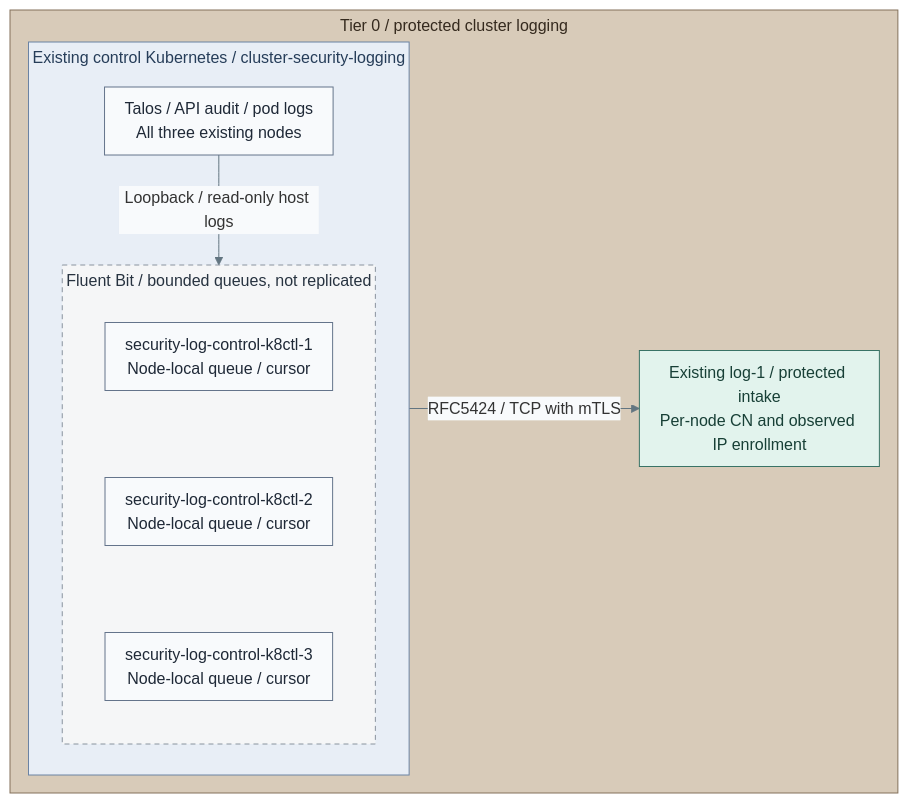
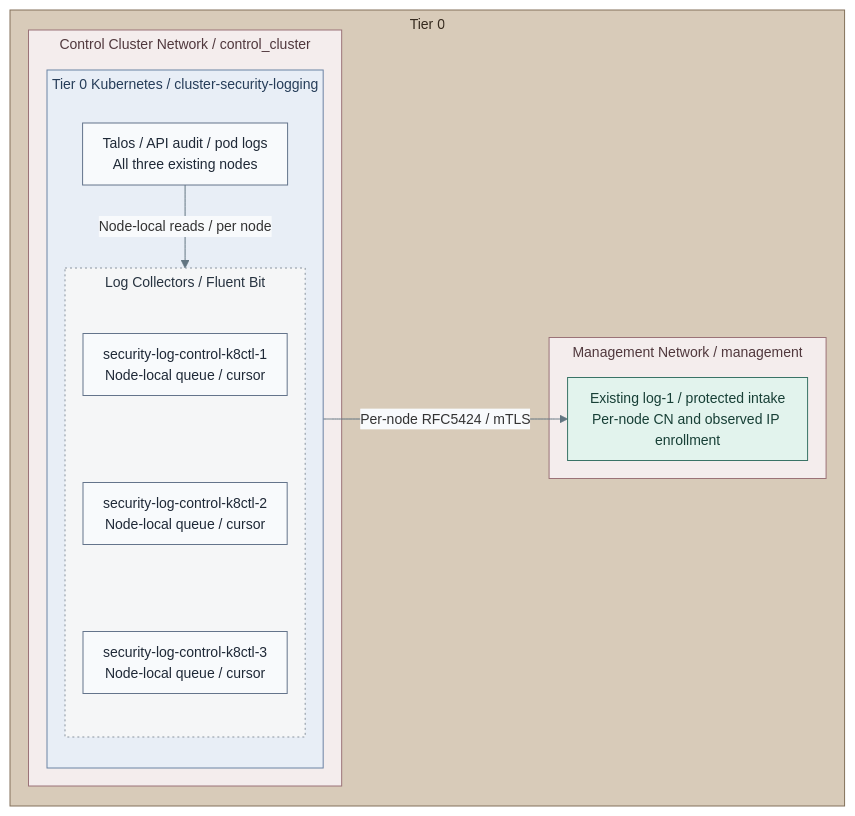
Before and after one commit to Rexus/homelab: the third of 3 diagrams in docs/03-deployment/stage-4-kubernetes/README.md, drawn with Mermaid. The commit also changed other lines of this file and 124 other files, not shown here.

First line of the commit message:
fix(platform): align service diagrams and directory failover

````diff
--- a/docs/03-deployment/stage-4-kubernetes/README.md
+++ b/docs/03-deployment/stage-4-kubernetes/README.md
@@ -349,31 +366,38 @@
 ```mermaid
-%%{init: {"theme":"base","flowchart":{"nodeSpacing":16,"rankSpacing":12,"padding":10,"subGraphTitleMargin":{"top":4,"bottom":10}},"themeVariables":{"lineColor":"#627581","edgeLabelBackground":"#f8fafc"}}}%%
+%%{init: {"theme":"base","flowchart":{"nodeSpacing":16,"rankSpacing":12,"padding":10,"subGraphTitleMargin":{"top":4,"bottom":18}},"themeVariables":{"lineColor":"#627581","edgeLabelBackground":"#f8fafc","fontFamily":"Arial, sans-serif","fontSize":"14px"},"fontFamily":"Arial, sans-serif"}}%%
 flowchart LR
-  subgraph T0["Tier 0 / protected cluster logging"]
+  subgraph T0["Tier 0"]
     direction LR
-    subgraph Cluster["Existing control Kubernetes / cluster-security-logging"]
-      direction TB
-      Sources["Talos / API audit / pod logs<br/>All three existing nodes"]
-      subgraph Agents["Fluent Bit / bounded queues, not replicated"]
+    subgraph ControlNetwork["Control Cluster Network / control_cluster"]
+      subgraph Cluster["Tier 0 Kubernetes / cluster-security-logging"]
         direction TB
-        A1["security-log-control-k8ctl-1<br/>Node-local queue / cursor"]
-        A2["security-log-control-k8ctl-2<br/>Node-local queue / cursor"]
-        A3["security-log-control-k8ctl-3<br/>Node-local queue / cursor"]
-        A1 ~~~ A2 ~~~ A3
+        Sources["Talos / API audit / pod logs<br/>All three existing nodes"]
+        subgraph Agents["Log Collectors / Fluent Bit"]
+          direction TB
+          A1["security-log-control-k8ctl-1<br/>Node-local queue / cursor"]
+          A2["security-log-control-k8ctl-2<br/>Node-local queue / cursor"]
+          A3["security-log-control-k8ctl-3<br/>Node-local queue / cursor"]
+          A1 ~~~ A2 ~~~ A3
+        end
+        Sources -->|Node-local reads / per node| Agents
       end
-      Sources -->|Loopback / read-only host logs| Agents
     end
-    Receiver["Existing log-1 / protected intake<br/>Per-node CN and observed IP enrollment"]
-    Cluster -->|RFC5424 / TCP with mTLS| Receiver
+    subgraph ManagementNetwork["Management Network / management"]
+      Receiver["Existing log-1 / protected intake<br/>Per-node CN and observed IP enrollment"]
+    end
   end
+    Agents -->|Per-node RFC5424 / mTLS| Receiver
   classDef default fill:#f8fafc,stroke:#64748b,color:#1f2937
   classDef control fill:#e2f3ed,stroke:#397366,color:#173f36
   classDef runtime fill:#d9eeec,stroke:#4d7b77,color:#173f3e
-  classDef replicas fill:#f5f6f7,stroke:#89939e,color:#273340,stroke-dasharray:5 4
+  classDef replicas fill:#f5f6f7,stroke:#89939e,color:#273340,stroke-dasharray:2 3
   class Receiver control
   class Agents replicas
   classDef kubernetes fill:#e8eef6,stroke:#6b83a3,color:#263d59
   class Cluster kubernetes
   classDef tier0 fill:#d8cbb9,stroke:#83715a,color:#352a1e
   class T0 tier0
+  classDef zoneControl fill:#c9e0d5,stroke:#397366,color:#173f36
+  classDef network fill:#f4eded,stroke:#9b7378,color:#50383d
+  class ControlNetwork,ManagementNetwork network
 ```
````
